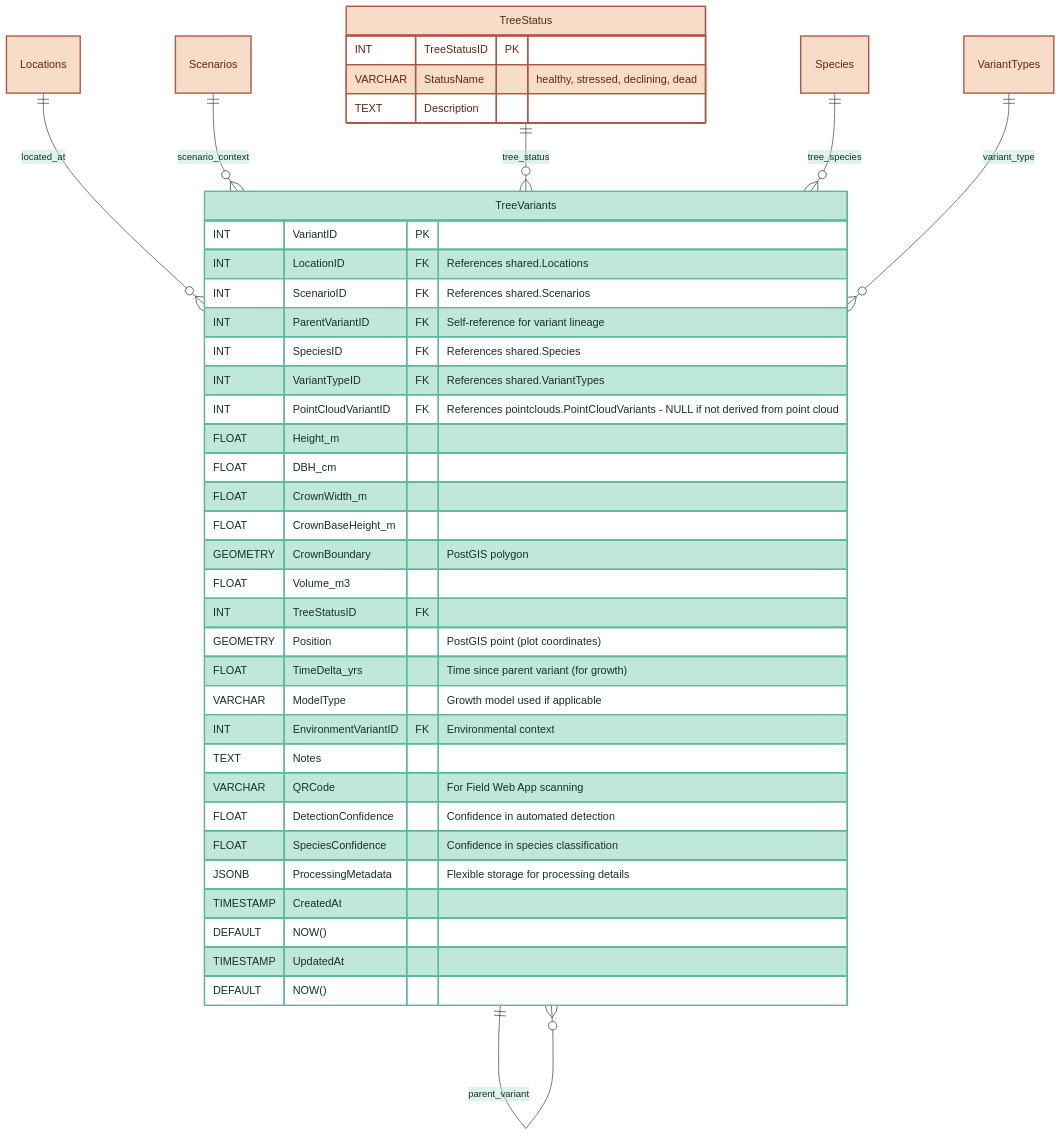
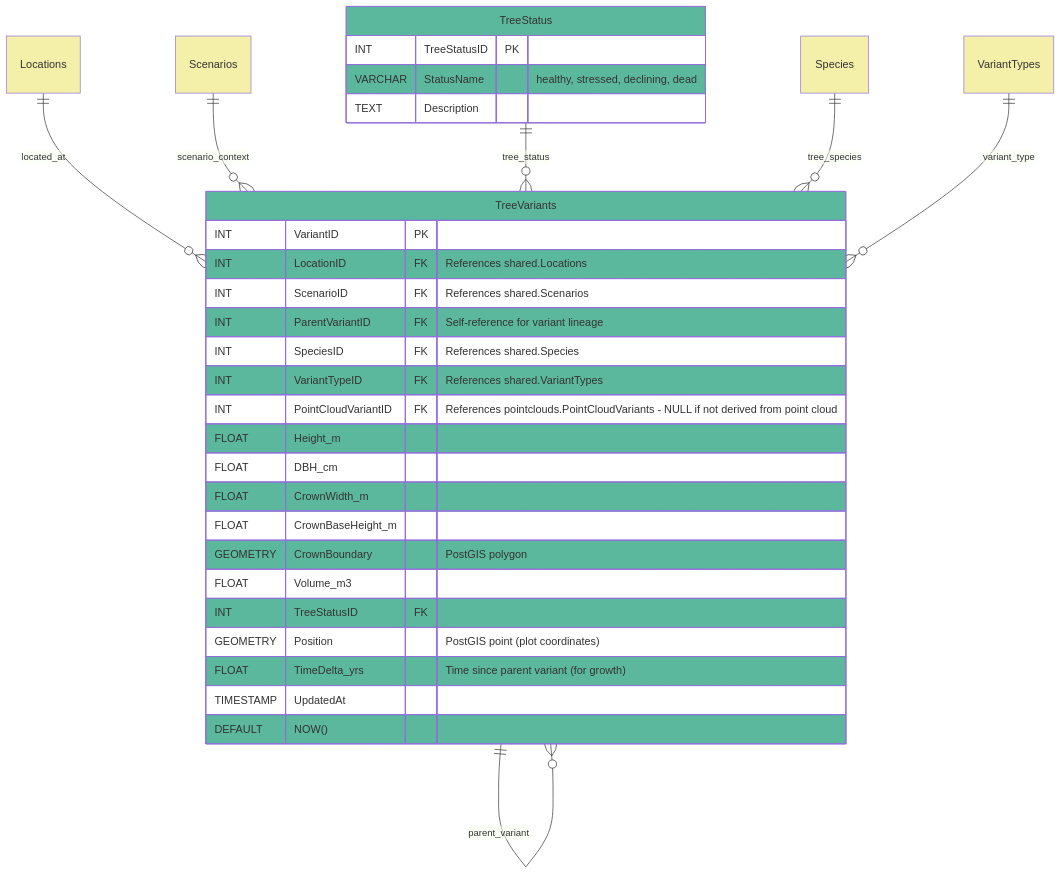
One commit to XRFutureForests/digital-twin-db changed the sixth of 8 diagrams in docs/architecture/database.md. Above: the diagram before and after it, drawn with Mermaid. The commit also changed other lines of this file and 31 other files, not shown here.

````diff
--- a/docs/architecture/database.md
+++ b/docs/architecture/database.md
@@ -237,74 +206,45 @@
 ```mermaid
-%%{
-  init: {
-    'theme': 'base',
-    'themeVariables': {
-      'background': '#FFFFFF',
-      'fontFamily': 'verdana',
-      'lineColor': '#313d4f',
-      'primaryColor': '#8cdbc0',
-      'primaryTextColor': '#183029',
-      'primaryBorderColor': '#265e4d',
-      'secondaryColor': '#71a897',
-      'secondaryTextColor': '#183029',
-      'secondaryBorderColor': '#458875',
-      'tertiaryColor': '#c0e8d9',
-      'tertiaryTextColor': '#183029',
-      'tertiaryBorderColor': '#5cb89c'
-    }
-  }
-}%%
 erDiagram
     Locations
     Species
     VariantTypes
     Scenarios
 
     TreeStatus {
         INT TreeStatusID PK
         VARCHAR StatusName "healthy, stressed, declining, dead"
         TEXT Description
     }
 
     TreeVariants {
         INT VariantID PK
         INT LocationID FK "References shared.Locations"
         INT ScenarioID FK "References shared.Scenarios"
         INT ParentVariantID FK "Self-reference for variant lineage"
         INT SpeciesID FK "References shared.Species"
         INT VariantTypeID FK "References shared.VariantTypes"
         INT PointCloudVariantID FK "References pointclouds.PointCloudVariants - NULL if not derived from point cloud"
         FLOAT Height_m
         FLOAT DBH_cm
         FLOAT CrownWidth_m
         FLOAT CrownBaseHeight_m
         GEOMETRY CrownBoundary "PostGIS polygon"
         FLOAT Volume_m3
         INT TreeStatusID FK
         GEOMETRY Position "PostGIS point (plot coordinates)"
         FLOAT TimeDelta_yrs "Time since parent variant (for growth)"
-        VARCHAR ModelType "Growth model used if applicable"
-        INT EnvironmentVariantID FK "Environmental context"
-        TEXT Notes
-        VARCHAR QRCode "For Field Web App scanning"
-        FLOAT DetectionConfidence "Confidence in automated detection"
-        FLOAT SpeciesConfidence "Confidence in species classification"
-        JSONB ProcessingMetadata "Flexible storage for processing details"
-        TIMESTAMP CreatedAt DEFAULT NOW()
         TIMESTAMP UpdatedAt DEFAULT NOW()
     }
 
     Locations ||--o{ TreeVariants : located_at
     Scenarios ||--o{ TreeVariants : scenario_context
     TreeStatus ||--o{ TreeVariants : tree_status
     Species ||--o{ TreeVariants : tree_species
     VariantTypes ||--o{ TreeVariants : variant_type
     TreeVariants ||--o{ TreeVariants : parent_variant
 
-    %% Table coloring
-    classDef refTable fill:#f7dcc7,stroke:#ad5643,stroke-width:2px,color:#612515
-    classDef coreTable fill:#c0e8d9,stroke:#5cb89c,stroke-width:2px,color:#183029
-    
-    class Locations,Species,VariantTypes,Scenarios,TreeStatus refTable
-    class TreeVariants coreTable
+    classDef shared fill:#F4EFA9
+    classDef tree fill:#5CB89C
+    class Locations,Species,VariantTypes,Scenarios shared
+    class TreeStatus,TreeVariants tree
 ```
````
